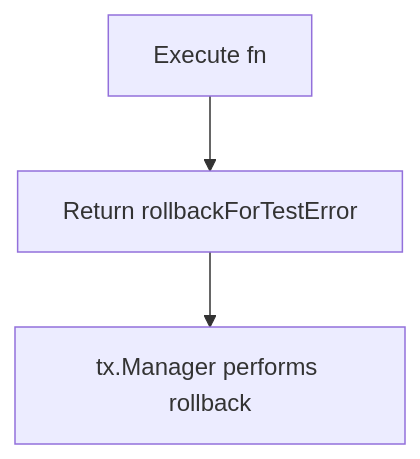
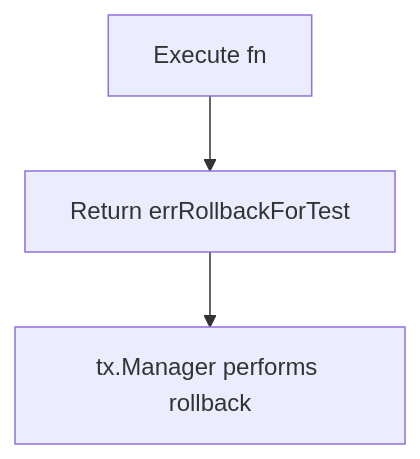
Before and after one commit to Tomy-ch/go-boilerplate: the fifth of 8 diagrams in internal/infrastructure/rdb/testkit/README.md, drawn with Mermaid. The commit also changed other lines of this file and 114 other files, not shown here.

````diff
--- a/internal/infrastructure/rdb/testkit/README.md
+++ b/internal/infrastructure/rdb/testkit/README.md
@@ -114,8 +114,8 @@
 ```mermaid
 flowchart TD
     A[Execute fn]
-    B[Return rollbackForTestError]
+    B[Return errRollbackForTest]
     C[tx.Manager performs rollback]
 
     A --> B --> C
 ```
````
